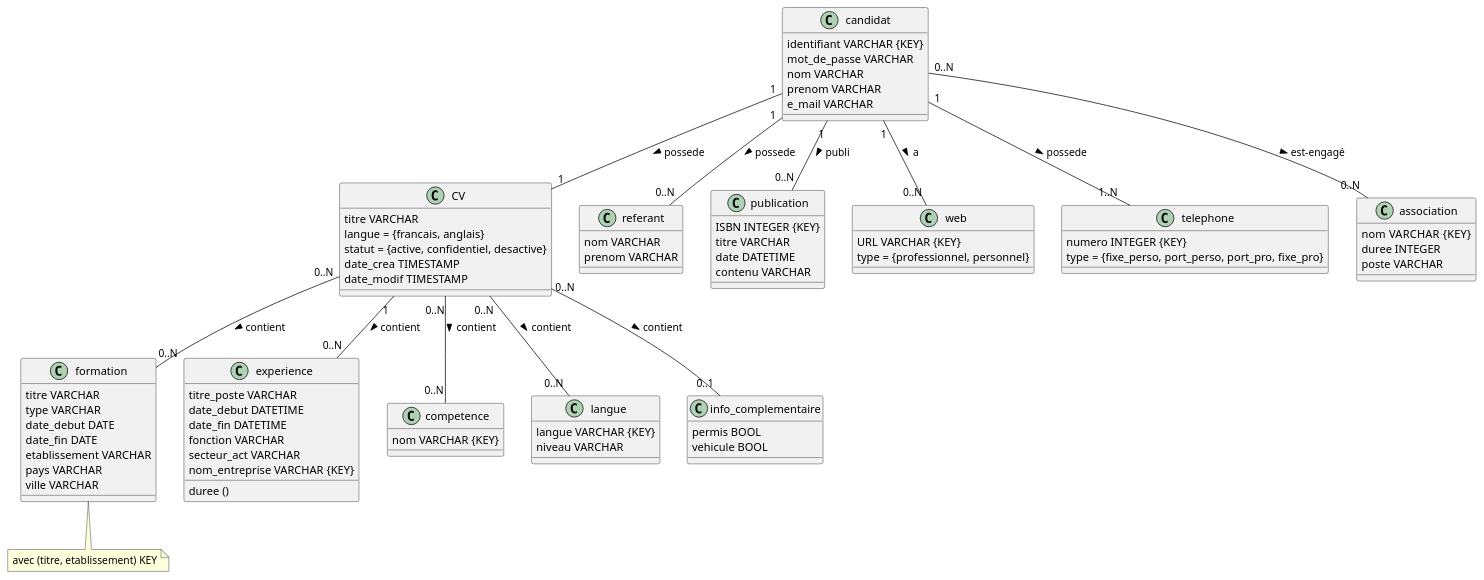
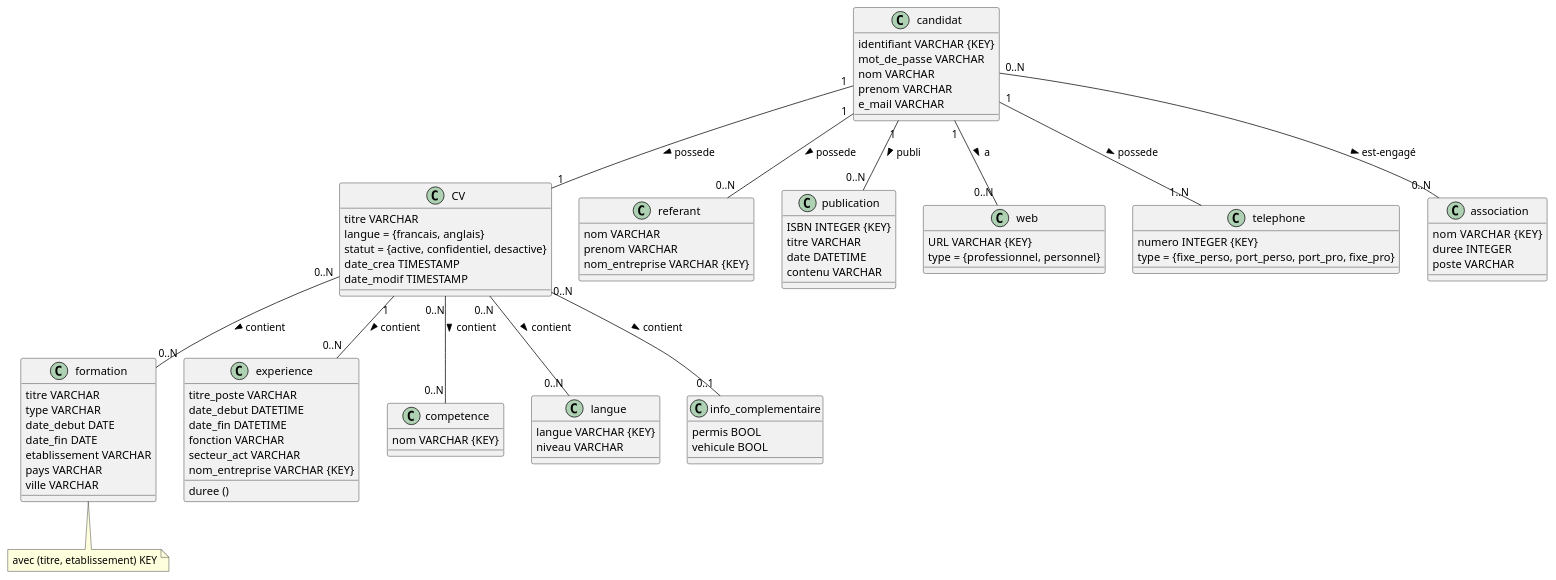
One commit to louisepght/database_CVtheque changed the diagram in UML.plantUML. Above: the diagram before and after it, drawn with PlantUML.

```diff
--- a/UML.plantUML
+++ b/UML.plantUML
@@ -1,107 +1,108 @@
 @startuml
 
 CV "0..N" -- "0..N" formation : contient >
 
 CV "1" -- "0..N" experience : contient >
 
 CV "0..N" -- "0..N" competence : contient >
 
 CV "0..N" -- "0..N" langue : contient >
 
 CV "0..N" -- "0..1" info_complementaire : contient >
 
 candidat "1" -- "1" CV : possede >
 
 candidat "1"-- "0..N" referant : possede >
 
 candidat "1" -- "0..N" publication : publi >
 
 candidat "1" -- "0..N" web : a > 
 
 candidat "1" -- "1..N" telephone : possede >
 
 candidat "0..N" -- "0..N" association : est-engagé >
 
 class CV {
   titre VARCHAR 
   langue = {francais, anglais}
   statut = {active, confidentiel, desactive}
   date_crea TIMESTAMP
   date_modif TIMESTAMP
 }
 
 class formation { 
   titre VARCHAR 
   type VARCHAR 
   date_debut DATE
   date_fin DATE
   etablissement VARCHAR 
   pays VARCHAR
   ville VARCHAR
 }
 class formation
 note bottom: avec (titre, etablissement) KEY
 
 class experience{
     titre_poste VARCHAR 
     date_debut DATETIME 
     date_fin DATETIME 
     fonction VARCHAR 
     secteur_act VARCHAR 
     nom_entreprise VARCHAR {KEY} 
     duree ()
 }
 
 class competence{
     nom VARCHAR {KEY}
 }
 
 class langue{
     langue VARCHAR {KEY}
     niveau VARCHAR
 }
 
 class info_complementaire{
     permis BOOL
     vehicule BOOL
 }
 
 class candidat{
     identifiant VARCHAR {KEY}
     mot_de_passe VARCHAR 
     nom VARCHAR
     prenom VARCHAR
     e_mail VARCHAR
 }
 
 class referant{
     nom VARCHAR
     prenom VARCHAR
+    nom_entreprise VARCHAR {KEY}
 }
 
 class publication{
     ISBN INTEGER {KEY}
     titre VARCHAR 
     date DATETIME 
     contenu VARCHAR 
 }
 
 class web {
     URL VARCHAR {KEY}
     type = {professionnel, personnel}
 }
 
 class telephone {
     numero INTEGER {KEY}
     type = {fixe_perso, port_perso, port_pro, fixe_pro}
 }
 
 class association{
     nom VARCHAR  {KEY}
     duree INTEGER 
     poste VARCHAR
 }
 
 
 
 @enduml
```
